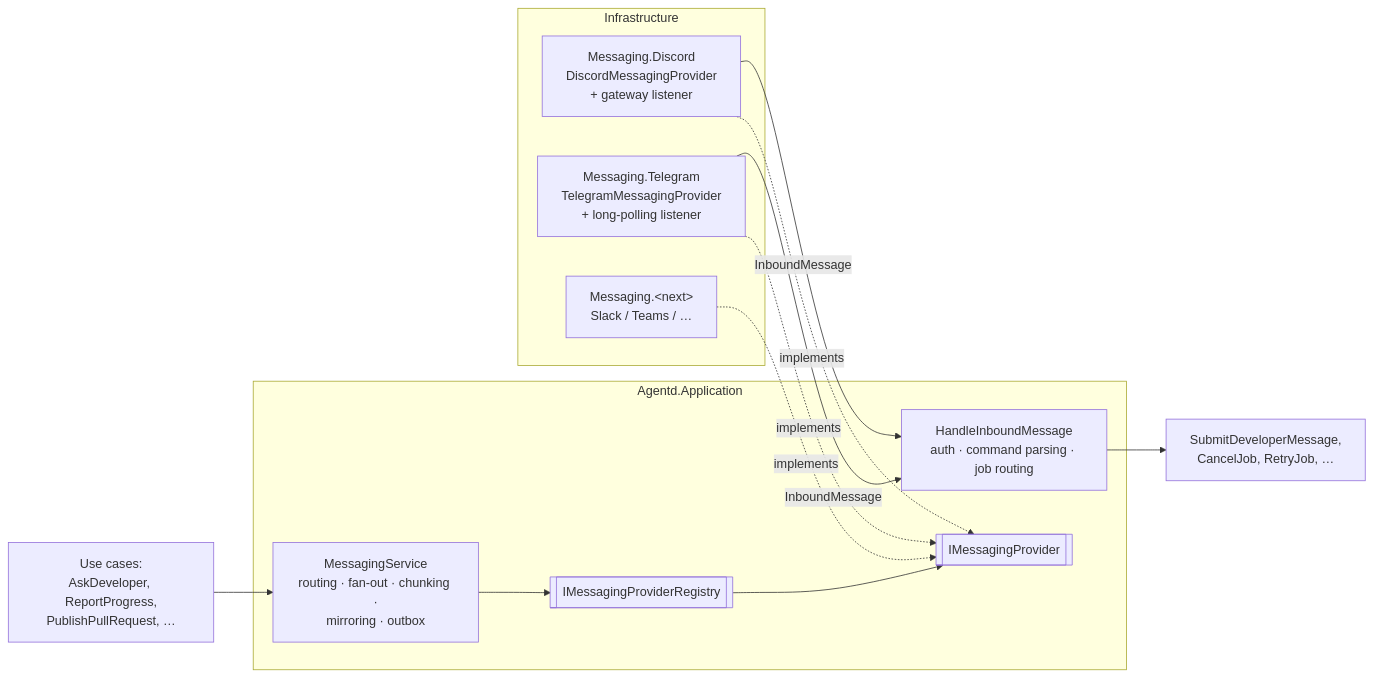
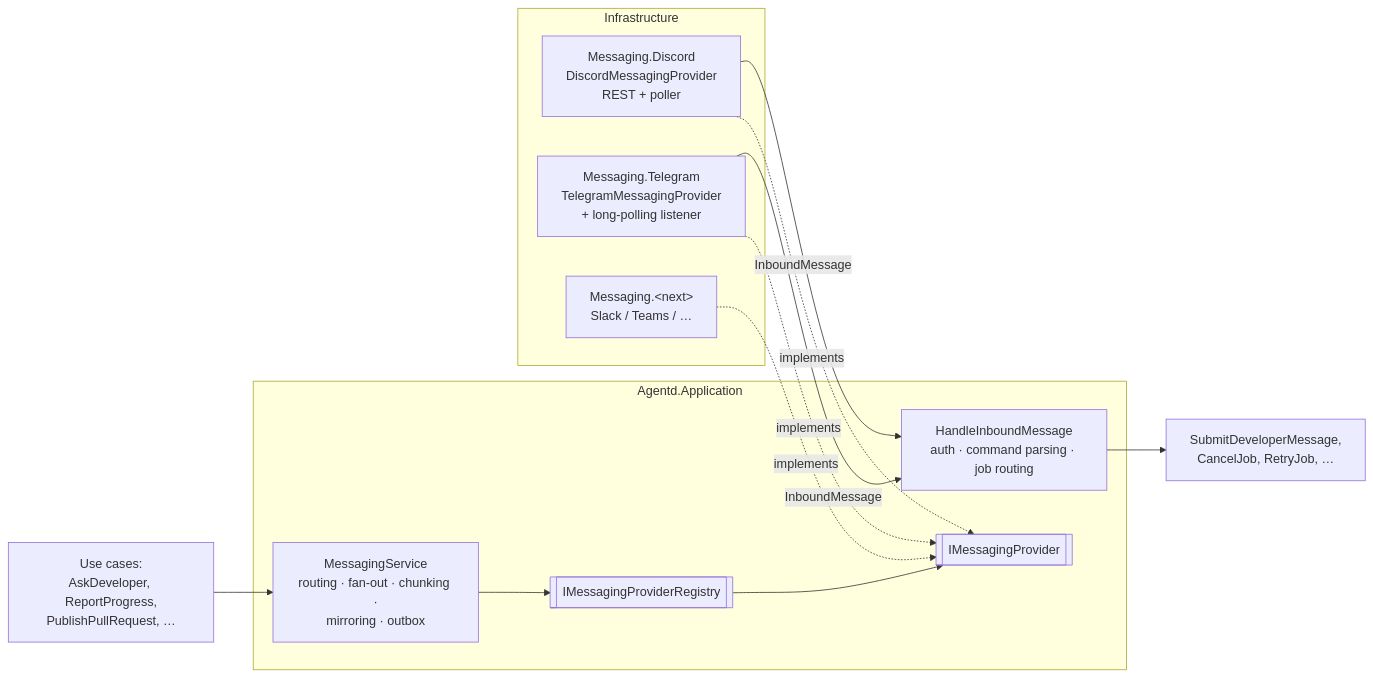
One commit to thoaingo07/agentd changed the diagram in docs/architect/messaging-providers.md. Above: the diagram before and after it, drawn with Mermaid. The commit also changed other lines of this file and 14 other files, not shown here.

First line of the commit message:
feat(discord): REST provider, renderer and options (T2.8, part 1)

````diff
--- a/docs/architect/messaging-providers.md
+++ b/docs/architect/messaging-providers.md
@@ -31,22 +31,22 @@
 ```mermaid
 flowchart LR
     subgraph APP[Agentd.Application]
         MS[MessagingService<br/>routing · fan-out · chunking ·<br/>mirroring · outbox]
         HIM[HandleInboundMessage<br/>auth · command parsing · job routing]
         PORT[[IMessagingProvider]]
         REG[[IMessagingProviderRegistry]]
     end
     subgraph INF[Infrastructure]
-        DP[Messaging.Discord<br/>DiscordMessagingProvider<br/>+ gateway listener]
+        DP[Messaging.Discord<br/>DiscordMessagingProvider<br/>REST + poller]
         TP[Messaging.Telegram<br/>TelegramMessagingProvider<br/>+ long-polling listener]
         XP[Messaging.&lt;next&gt;<br/>Slack / Teams / …]
     end
     UC[Use cases:<br/>AskDeveloper, ReportProgress,<br/>PublishPullRequest, …] --> MS
     MS --> REG --> PORT
     DP -. implements .-> PORT
     TP -. implements .-> PORT
     XP -. implements .-> PORT
     DP -- InboundMessage --> HIM
     TP -- InboundMessage --> HIM
     HIM --> UC2[SubmitDeveloperMessage,<br/>CancelJob, RetryJob, …]
 ```
````
